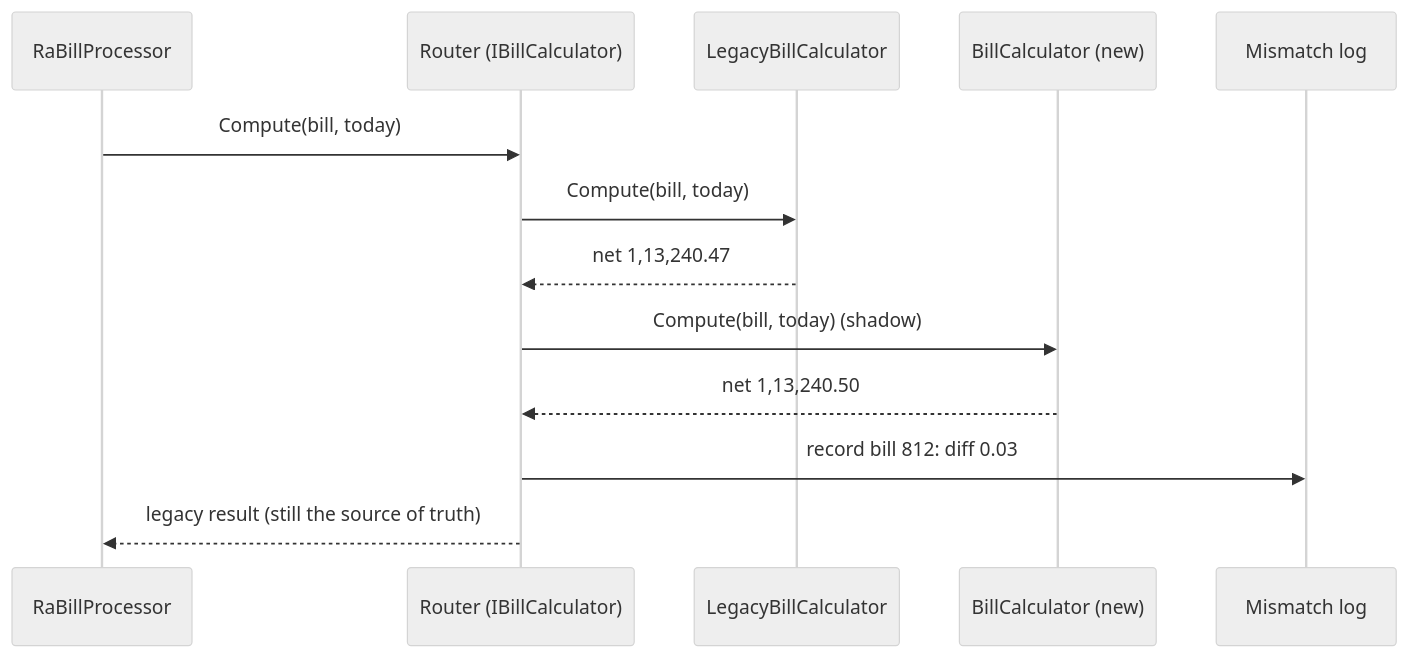
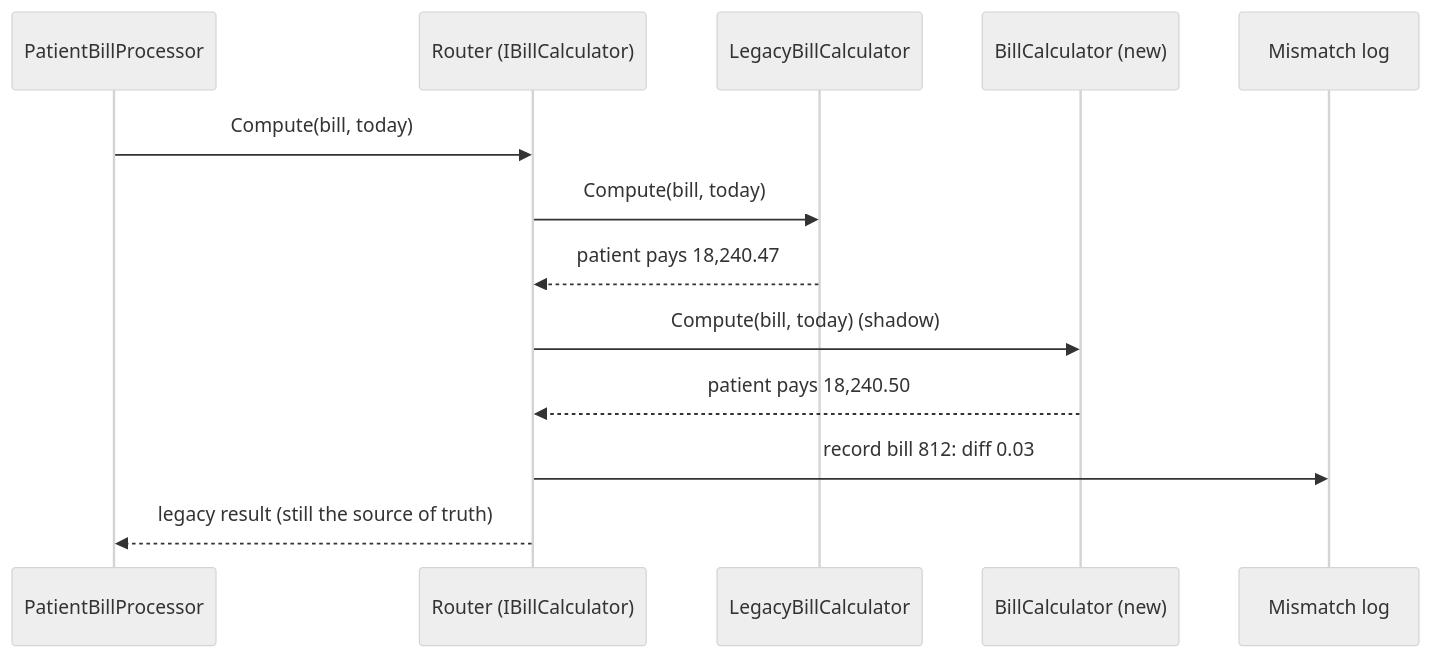
One commit to rizwi0786/system-design-lab changed the second of 3 diagrams in content/lessons/m04/m04-refactoring-legacy.md. Above: the diagram before and after it, drawn with Mermaid (neutral theme). The commit also changed other lines of this file and 334 other files, not shown here.

````diff
--- a/content/lessons/m04/m04-refactoring-legacy.md
+++ b/content/lessons/m04/m04-refactoring-legacy.md
@@ -177,15 +177,15 @@
 ```mermaid
 sequenceDiagram
-    participant P as RaBillProcessor
+    participant P as PatientBillProcessor
     participant R as Router (IBillCalculator)
     participant L as LegacyBillCalculator
     participant M as BillCalculator (new)
     participant S as Mismatch log
     P->>R: Compute(bill, today)
     R->>L: Compute(bill, today)
-    L-->>R: net 1,13,240.47
+    L-->>R: patient pays 18,240.47
     R->>M: Compute(bill, today) (shadow)
-    M-->>R: net 1,13,240.50
+    M-->>R: patient pays 18,240.50
     R->>S: record bill 812: diff 0.03
     R-->>P: legacy result (still the source of truth)
 ```
````
